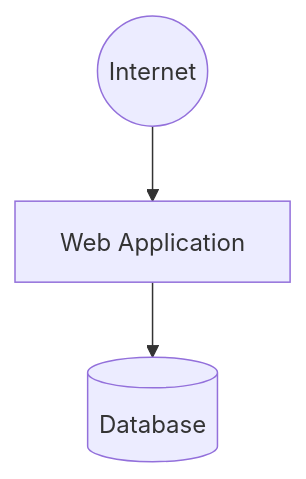
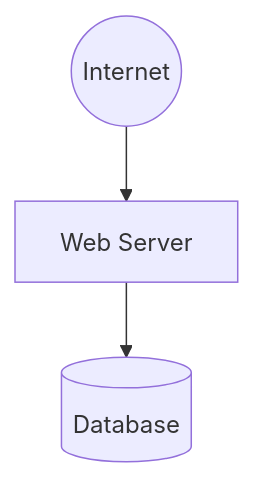
One commit to BerdTan/threatassessor changed the diagram in README.md. Above: the diagram before and after it, drawn with Mermaid. The commit also changed other lines of this file and 7 other files, not shown here.

````diff
--- a/README.md
+++ b/README.md
@@ -36,6 +36,9 @@
 ```mermaid
 flowchart TB
     Internet((Internet))
-    Internet --> WebApp[Web Application]
-    WebApp --> Database[(Database)]
+    WebServer[Web Server]
+    Database[(Database)]
+
+    Internet --> WebServer
+    WebServer --> Database
 ```
````
